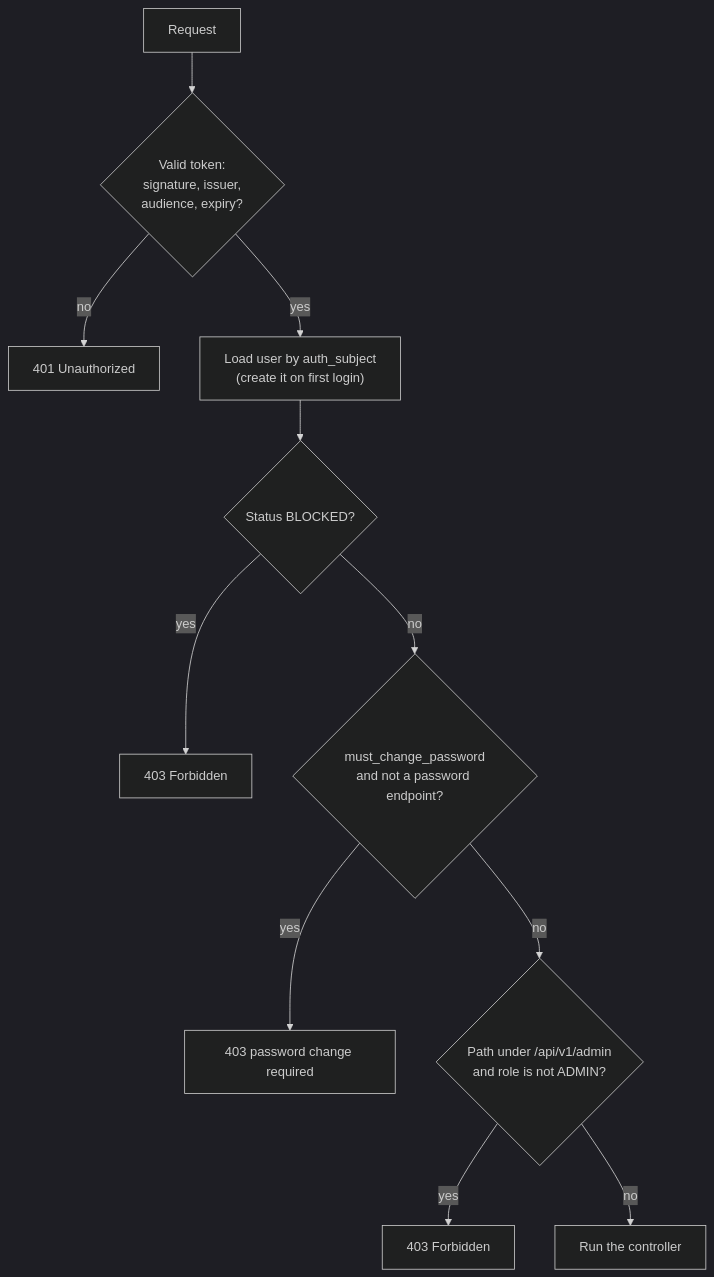
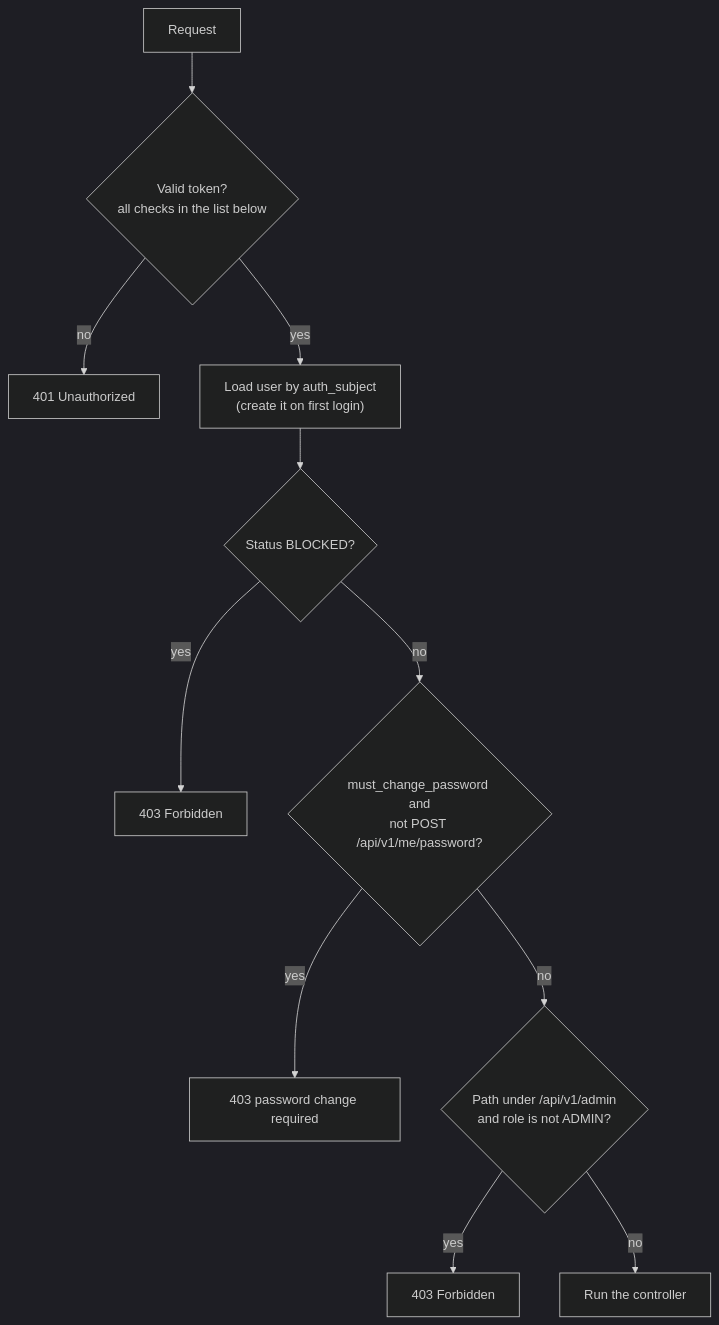
One commit to Kerolly/software_engineering_II changed the third of 10 diagrams in docs/design/flows.md. Above: the diagram before and after it, drawn with Mermaid (dark theme). The commit also changed other lines of this file and 2 other files, not shown here.

````diff
--- a/docs/design/flows.md
+++ b/docs/design/flows.md
@@ -57,13 +75,13 @@
 ```mermaid
 flowchart TD
-    R["Request"] --> T{"Valid token:<br/>signature, issuer,<br/>audience, expiry?"}
+    R["Request"] --> T{"Valid token?<br/>all checks in the list below"}
     T -- no --> E401["401 Unauthorized"]
     T -- yes --> L["Load user by auth_subject<br/>(create it on first login)"]
     L --> BL{"Status BLOCKED?"}
     BL -- yes --> E403A["403 Forbidden"]
-    BL -- no --> PW{"must_change_password<br/>and not a password endpoint?"}
+    BL -- no --> PW{"must_change_password and<br/>not POST /api/v1/me/password?"}
     PW -- yes --> E403B["403 password change required"]
     PW -- no --> AD{"Path under /api/v1/admin<br/>and role is not ADMIN?"}
     AD -- yes --> E403C["403 Forbidden"]
     AD -- no --> OK["Run the controller"]
 ```
````
